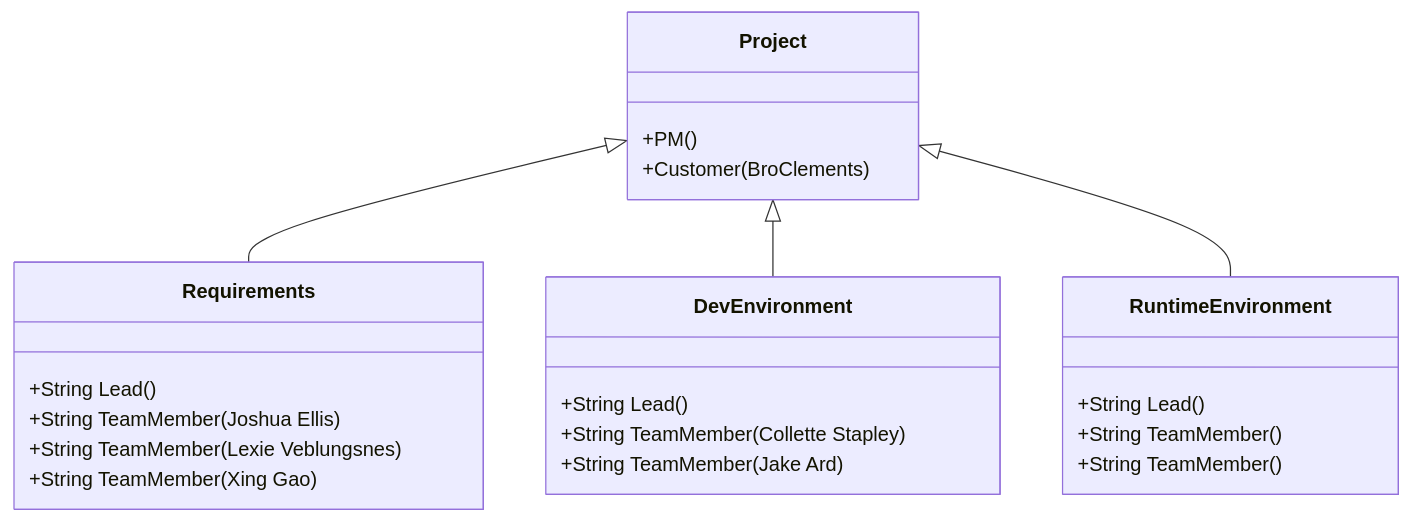
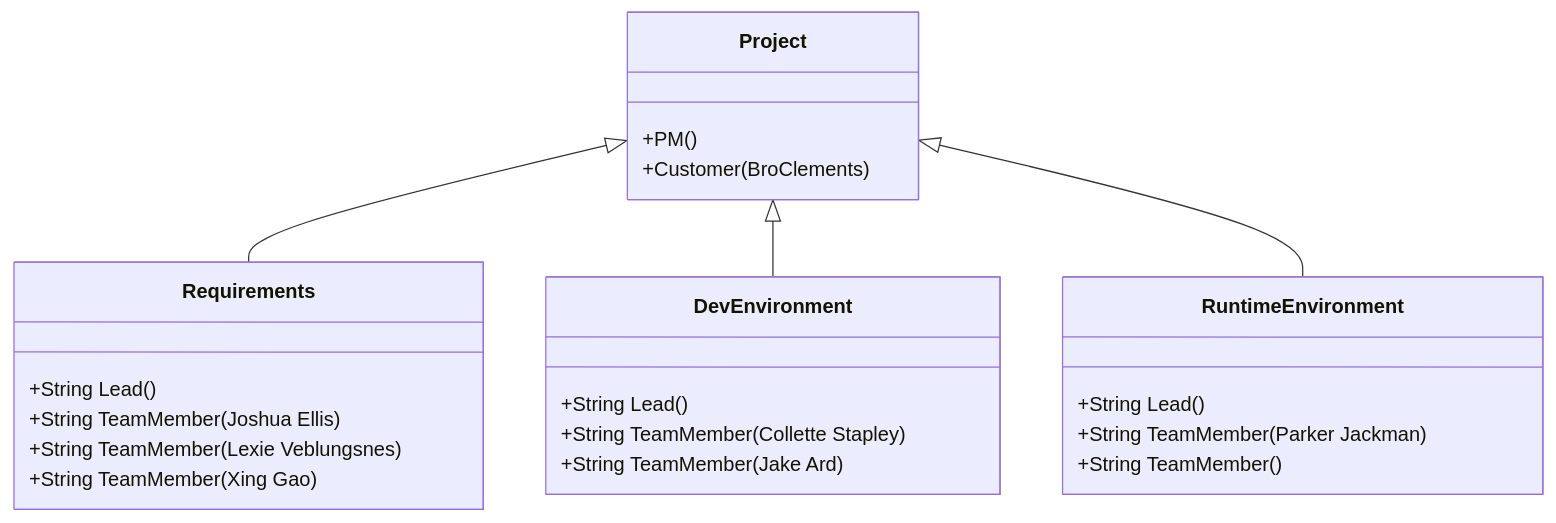
Before and after one commit to anrj2/2024SprCSE397PCP: the first of 2 diagrams in project/org/OrganizationChart.md, drawn with Mermaid. The commit also changed other lines of this file, not shown here.

````diff
--- a/project/org/OrganizationChart.md
+++ b/project/org/OrganizationChart.md
@@ -2,25 +2,25 @@
 ```mermaid
 classDiagram
       Project <|-- Requirements
       Project <|-- DevEnvironment
       Project <|-- RuntimeEnvironment
       Project : +PM()
       Project : +Customer(BroClements)
       class Requirements{
           +String Lead()
           +String TeamMember(Joshua Ellis)
           +String TeamMember(Lexie Veblungsnes)
           +String TeamMember(Xing Gao)
 
       }
       class DevEnvironment{
           +String Lead()
           +String TeamMember(Collette Stapley)
           +String TeamMember(Jake Ard)
       }
       class RuntimeEnvironment{
           +String Lead()
-          +String TeamMember()
+          +String TeamMember(Parker Jackman)
           +String TeamMember()
       }
 ```
````
